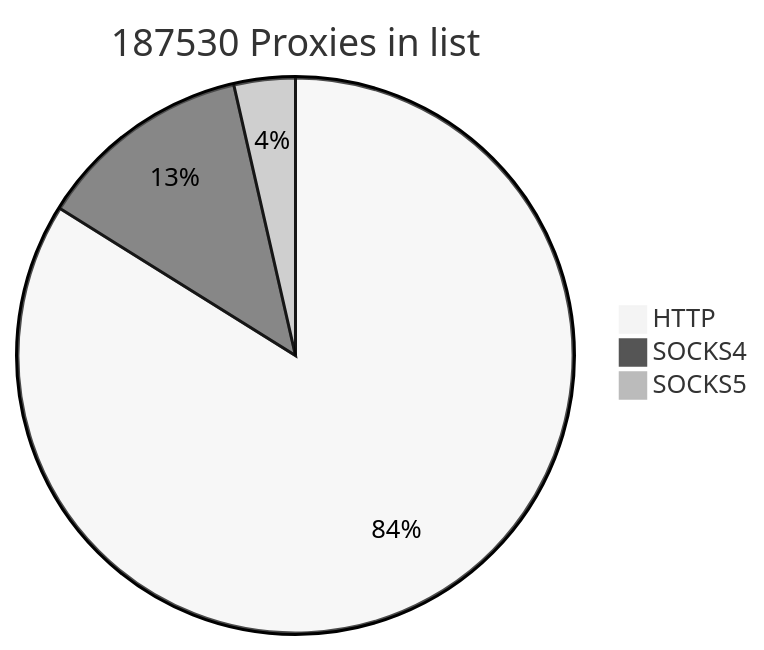
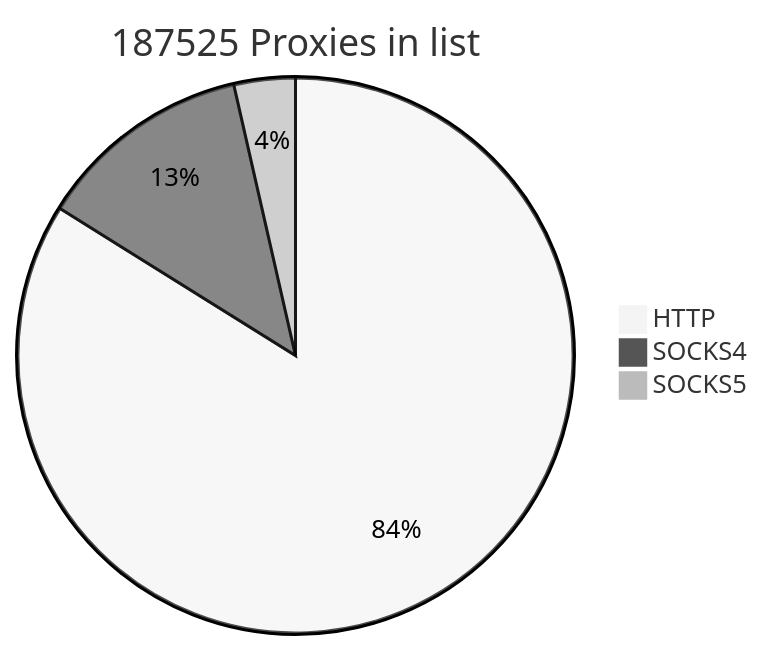
One commit to cutipu/proxylist changed the first of 2 diagrams in README.md. Above: the diagram before and after it, drawn with Mermaid (neutral theme). The commit also changed other lines of this file, not shown here.

````diff
--- a/README.md
+++ b/README.md
@@ -2,7 +2,7 @@
 ```mermaid
-pie title 187530 Proxies in list
-    "HTTP" : 157308
-    "SOCKS4" : 23529
-    "SOCKS5" : 6693
+pie title 187525 Proxies in list
+    "HTTP" : 157302
+    "SOCKS4" : 23534
+    "SOCKS5" : 6689
             
 ```
````
